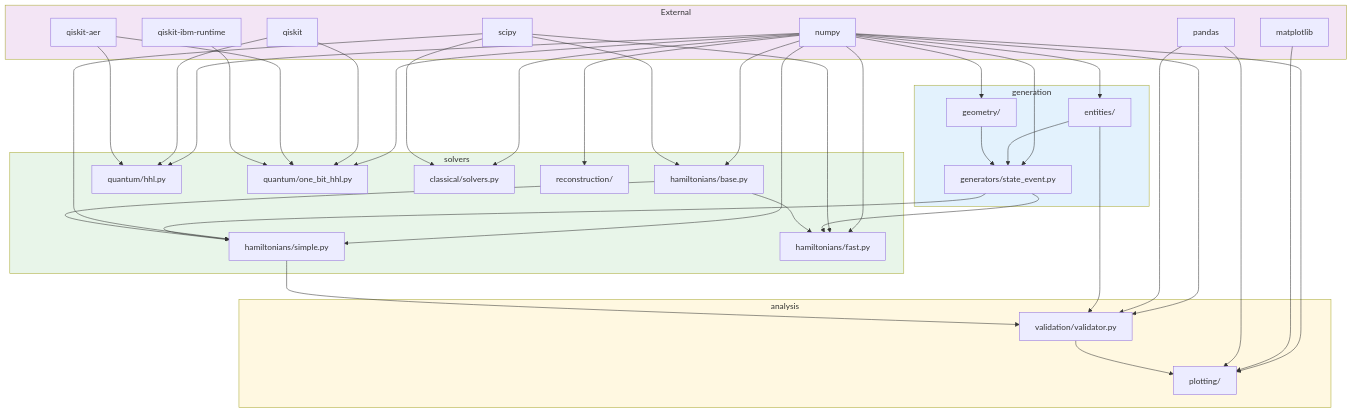
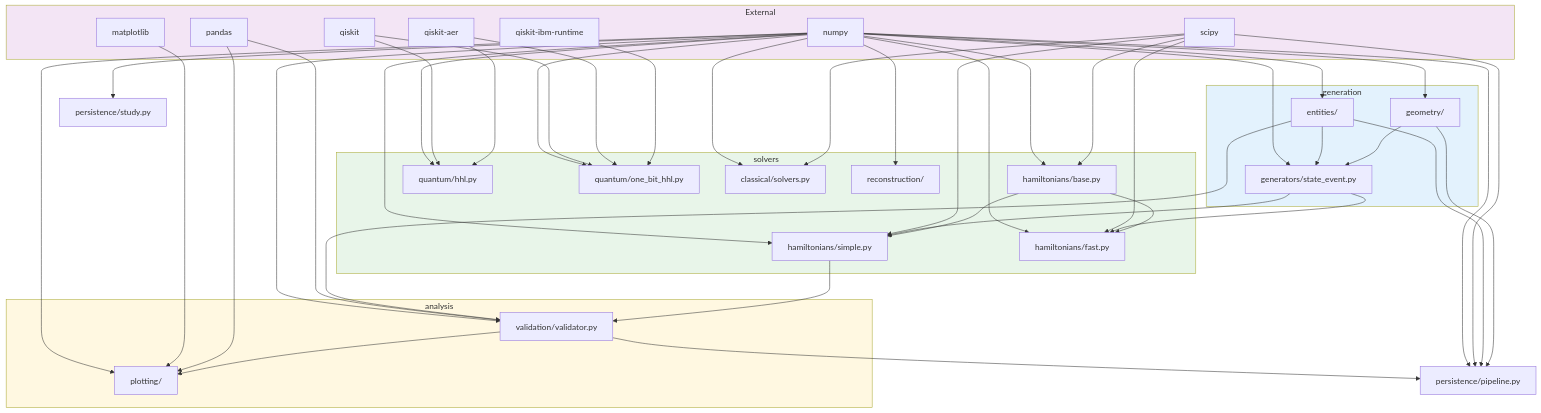
One commit to GeorgeWilliam1999/LHCb_VeLo_Toy_Model changed the fourth of 16 diagrams in docs/FLOW_DIAGRAMS.md. Above: the diagram before and after it, drawn with Mermaid. The commit also changed other lines of this file and 22 other files, not shown here.

First line of the commit message:
Add persistence module and update documentation

```diff
--- a/docs/FLOW_DIAGRAMS.md
+++ b/docs/FLOW_DIAGRAMS.md
@@ -335,6 +346,18 @@
     SH --> TV
     TV --> LTP
     
+    %% Persistence module
+    PER_PIP[persistence/pipeline.py]
+    PER_STU[persistence/study.py]
+    
+    NP --> PER_PIP
+    SP --> PER_PIP
+    NP --> PER_STU
+    
+    ENT --> PER_PIP
+    GEO2 --> PER_PIP
+    TV --> PER_PIP
+    
     style generation fill:#e3f2fd
     style solvers fill:#e8f5e9
     style analysis fill:#fff8e1
```
